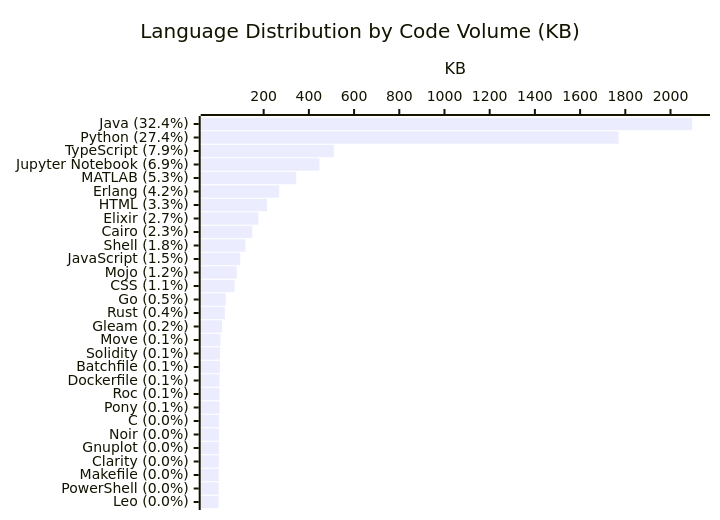
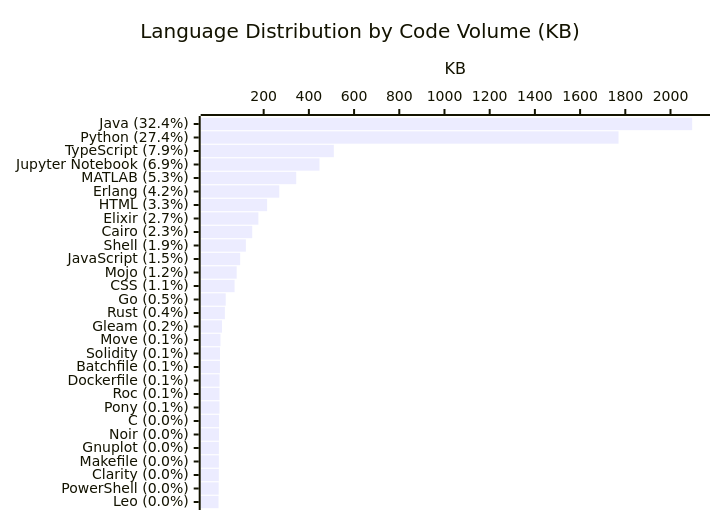
The diagram in profile/README.md (KathiraveluLab/.github), drawn with Mermaid before and after one commit. The commit also changed other lines of this file and 1 other file, not shown here.

````diff
--- a/profile/README.md
+++ b/profile/README.md
@@ -67,7 +67,7 @@
 ```mermaid
 xychart-beta horizontal
     title "Language Distribution by Code Volume (KB)"
-    x-axis ["Java (32.4%)", "Python (27.4%)", "TypeScript (7.9%)", "Jupyter Notebook (6.9%)", "MATLAB (5.3%)", "Erlang (4.2%)", "HTML (3.3%)", "Elixir (2.7%)", "Cairo (2.3%)", "Shell (1.8%)", "JavaScript (1.5%)", "Mojo (1.2%)", "CSS (1.1%)", "Go (0.5%)", "Rust (0.4%)", "Gleam (0.2%)", "Move (0.1%)", "Solidity (0.1%)", "Batchfile (0.1%)", "Dockerfile (0.1%)", "Roc (0.1%)", "Pony (0.1%)", "C (0.0%)", "Noir (0.0%)", "Gnuplot (0.0%)", "Clarity (0.0%)", "Makefile (0.0%)", "PowerShell (0.0%)", "Leo (0.0%)"]
+    x-axis ["Java (32.4%)", "Python (27.4%)", "TypeScript (7.9%)", "Jupyter Notebook (6.9%)", "MATLAB (5.3%)", "Erlang (4.2%)", "HTML (3.3%)", "Elixir (2.7%)", "Cairo (2.3%)", "Shell (1.9%)", "JavaScript (1.5%)", "Mojo (1.2%)", "CSS (1.1%)", "Go (0.5%)", "Rust (0.4%)", "Gleam (0.2%)", "Move (0.1%)", "Solidity (0.1%)", "Batchfile (0.1%)", "Dockerfile (0.1%)", "Roc (0.1%)", "Pony (0.1%)", "C (0.0%)", "Noir (0.0%)", "Gnuplot (0.0%)", "Makefile (0.0%)", "Clarity (0.0%)", "PowerShell (0.0%)", "Leo (0.0%)"]
     y-axis "KB"
-    bar [2095.91, 1770.11, 510.29, 446.91, 343.93, 268.99, 215.34, 176.6, 149.42, 119.6, 96.07, 80.48, 71.2, 32.03, 28.25, 15.66, 8.83, 6.65, 6.48, 4.63, 4.5, 4.41, 2.58, 2.46, 1.82, 1.53, 1.02, 1.02, 0.26]
+    bar [2095.91, 1770.11, 510.29, 446.91, 343.93, 268.99, 215.34, 176.6, 149.42, 121.22, 96.07, 80.48, 71.2, 32.03, 28.25, 15.66, 8.83, 6.65, 6.48, 4.63, 4.5, 4.41, 2.58, 2.46, 1.82, 1.71, 1.53, 1.02, 0.26]
 ```
````
